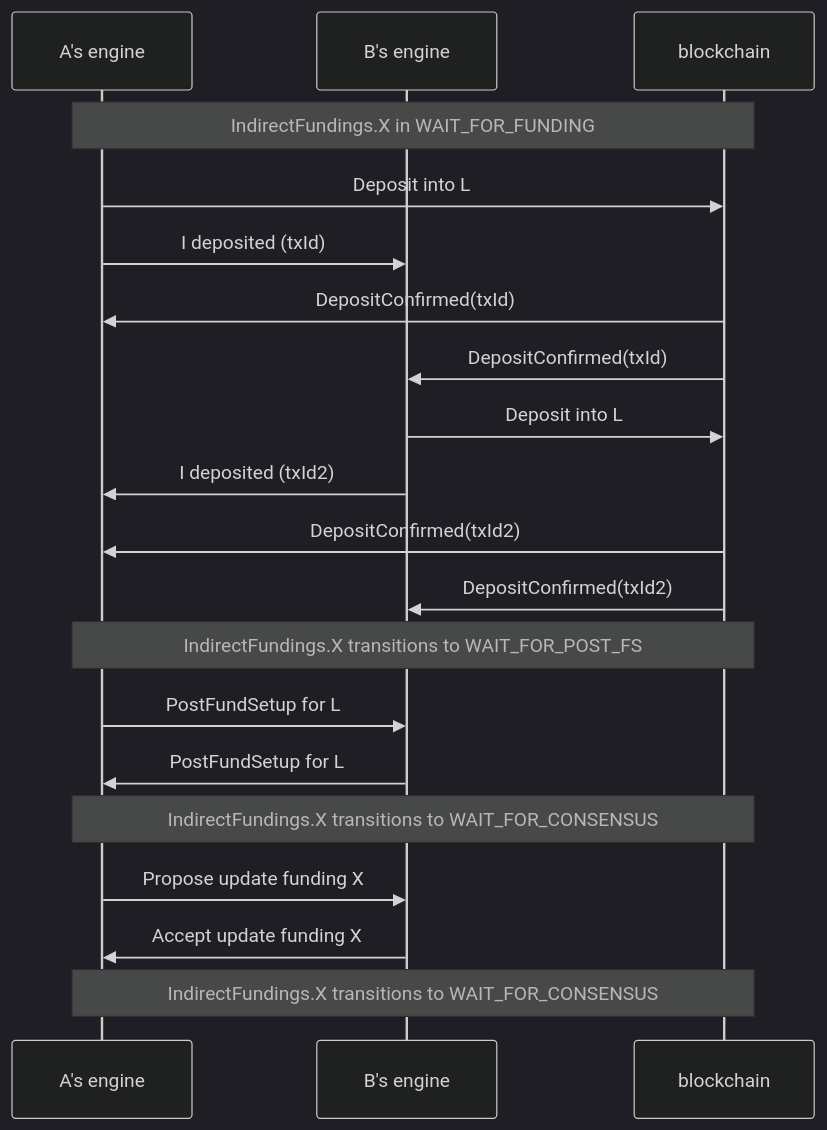
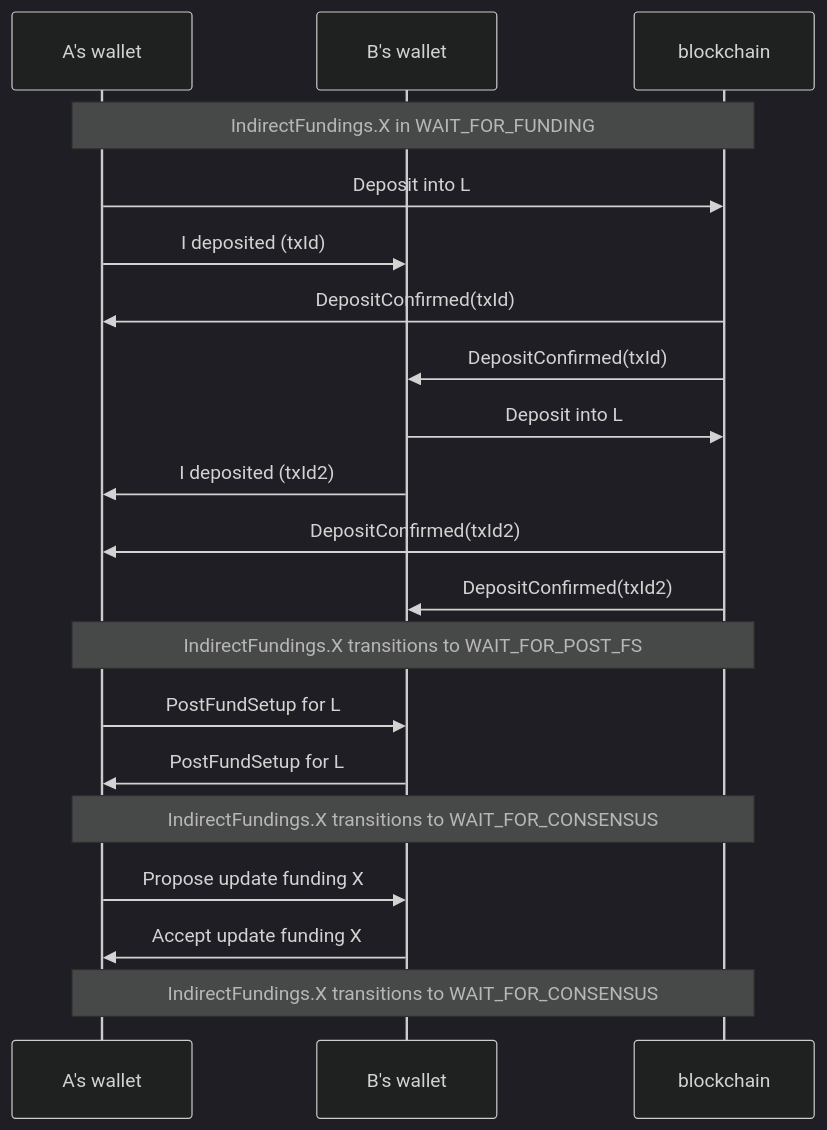
The fourth of 4 diagrams in packages/wallet/notes/indirect-funding-proposal.md (statechannels/statechannels), drawn with Mermaid (dark theme) before and after one commit. The commit also changed other lines of this file and 124 other files, not shown here.

Commit message:
chore: rename all instances of engine to wallet

````diff
--- a/packages/wallet/notes/indirect-funding-proposal.md
+++ b/packages/wallet/notes/indirect-funding-proposal.md
@@ -96,30 +96,30 @@
 ```mermaid
 sequenceDiagram
-    participant wltA as A's engine
-    participant wltB as B's engine
+    participant wltA as A's wallet
+    participant wltB as B's wallet
     participant blk as blockchain
 
     Note over wltA, blk: IndirectFundings.X in WAIT_FOR_FUNDING
 
     wltA->>blk: Deposit into L
     wltA->>wltB: I deposited (txId)
     blk->>wltA: DepositConfirmed(txId)
     blk->>wltB: DepositConfirmed(txId)
     wltB->>blk: Deposit into L
     wltB->>wltA: I deposited (txId2)
     blk->>wltA: DepositConfirmed(txId2)
     blk->>wltB: DepositConfirmed(txId2)
 
     Note over wltA, blk: IndirectFundings.X transitions to WAIT_FOR_POST_FS
 
     wltA->>wltB: PostFundSetup for L
     wltB->>wltA: PostFundSetup for L
 
     Note over wltA, blk: IndirectFundings.X transitions to WAIT_FOR_CONSENSUS
 
     wltA->>wltB: Propose update funding X
     wltB->>wltA: Accept update funding X
 
     Note over wltA, blk: IndirectFundings.X transitions to WAIT_FOR_CONSENSUS
 
 ```
````
